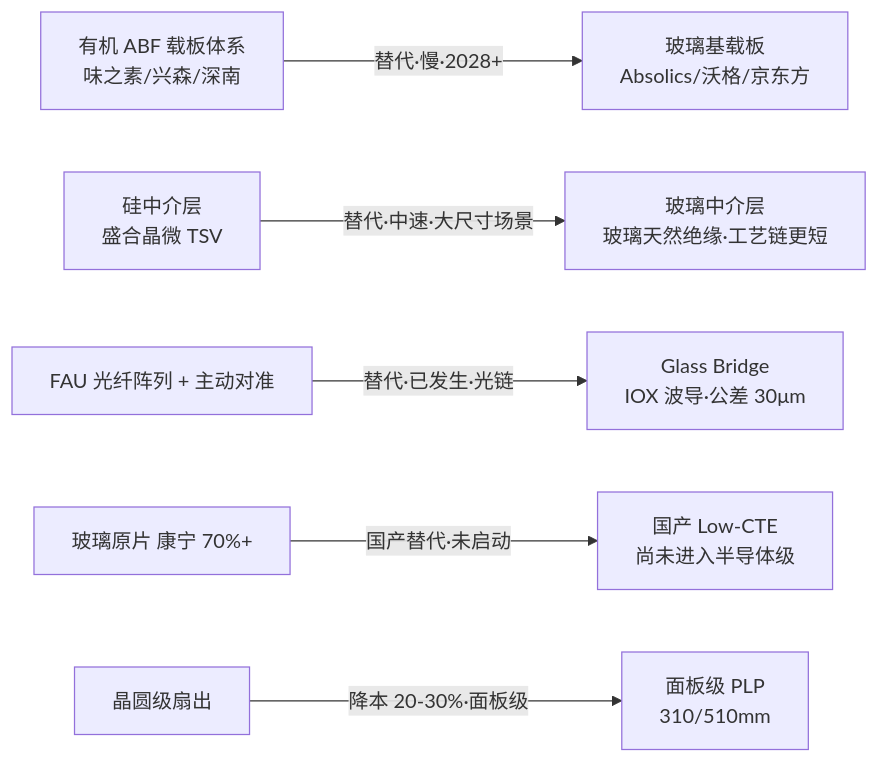
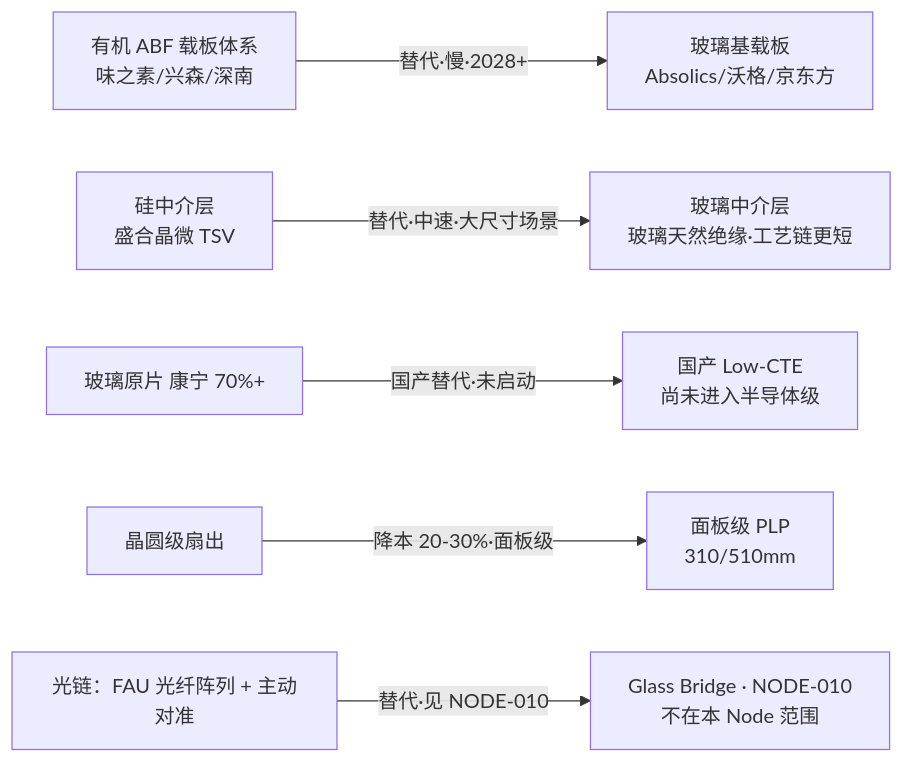
One commit to SugieLiao/shaohao-ruchang changed the second of 2 diagrams in 02 势宫/0201 产业研究所/NODE-009 玻璃基板 Glass Substrate.md. Above: the diagram before and after it, drawn with Mermaid. The commit also changed other lines of this file and 41 other files, not shown here.

Commit message:
宫主裁定：按双Node拆分（新建 NODE-010 玻璃基光互连，009 收敛为电链）；配图全量推进 30 张；EVD-198~206 + 并列 C-13/C-14；KA-015/016/017 正式入宫；日更允许改写结论句（附四条护栏）

````diff
--- a/02 势宫/0201 产业研究所/NODE-009 玻璃基板 Glass Substrate.md
+++ b/02 势宫/0201 产业研究所/NODE-009 玻璃基板 Glass Substrate.md
@@ -214,8 +217,8 @@
 ```mermaid
 flowchart LR
     A["有机 ABF 载板体系<br/>味之素/兴森/深南"] -->|"替代·慢·2028+"| B["玻璃基载板<br/>Absolics/沃格/京东方"]
     C["硅中介层<br/>盛合晶微 TSV"] -->|"替代·中速·大尺寸场景"| D["玻璃中介层<br/>玻璃天然绝缘·工艺链更短"]
-    E["FAU 光纤阵列 + 主动对准"] -->|"替代·已发生·光链"| F["Glass Bridge<br/>IOX 波导·公差 30μm"]
     G["玻璃原片 康宁 70%+"] -->|"国产替代·未启动"| H["国产 Low-CTE<br/>尚未进入半导体级"]
     I["晶圆级扇出"] -->|"降本 20-30%·面板级"| J["面板级 PLP<br/>310/510mm"]
+    K["光链：FAU 光纤阵列 + 主动对准"] -->|"替代·见 NODE-010"| L["Glass Bridge · NODE-010<br/>不在本 Node 范围"]
 ```
````
